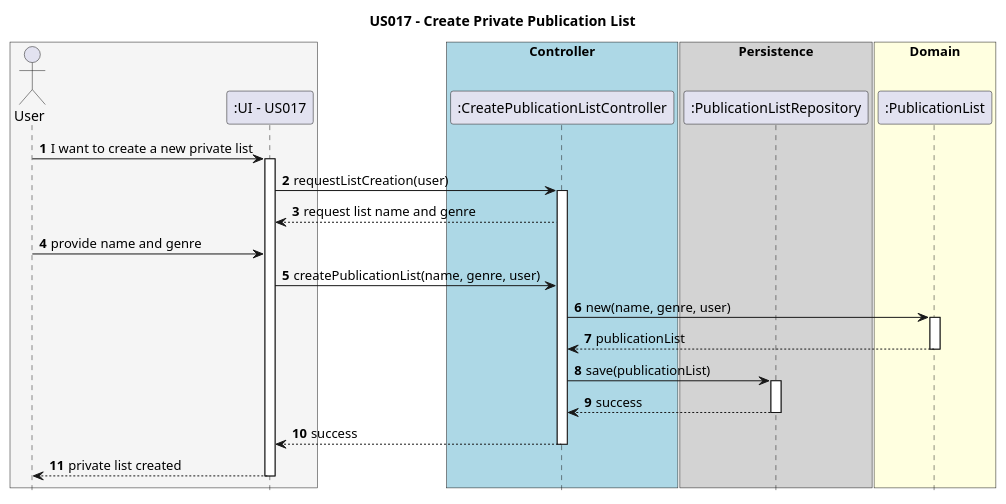
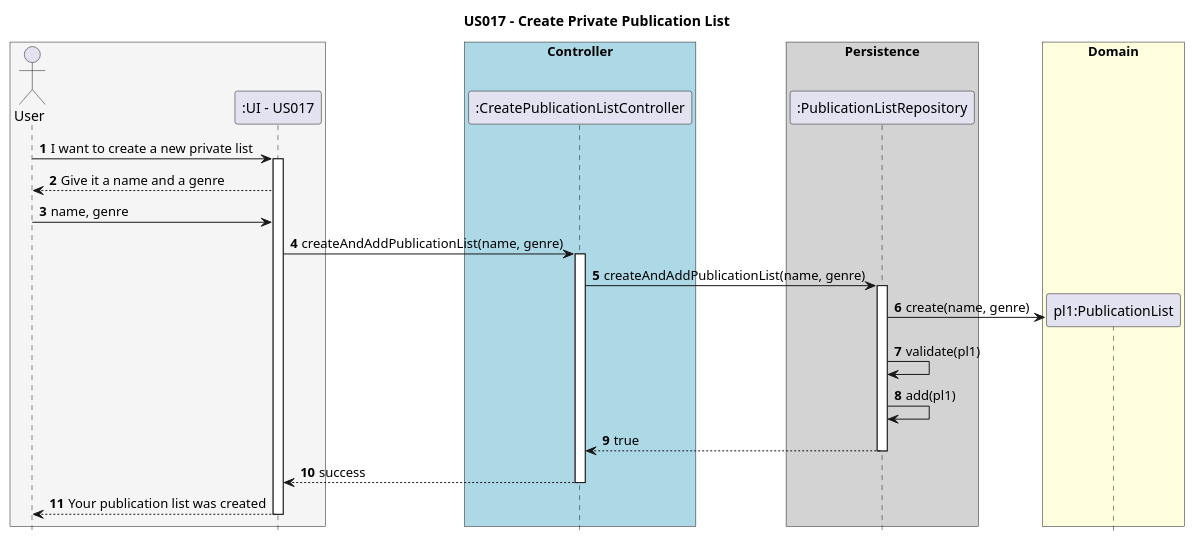
The diagram in Diagrams/SequenceDiagrams/N2/US017-to-create-private-publication-list.puml (AndrePereiraGitH/SWitCH-Project-Team_A), drawn with PlantUML before and after one commit. The commit also changed 5 other files, not shown here.

Commit message:
#88 #89 and #92 #94: update SSD (N1), sequence (N2) and class diagrams

```diff
--- a/Diagrams/SequenceDiagrams/N2/US017-to-create-private-publication-list.puml
+++ b/Diagrams/SequenceDiagrams/N2/US017-to-create-private-publication-list.puml
@@ -1,52 +1,50 @@
 @startuml
 hide footbox
 autonumber
 
 title US017 - Create Private Publication List
 
 box #whitesmoke
 actor "User" as User
 participant ":UI - US017" as UI
 end box
 
 box "Controller" #Lightblue
 participant ":CreatePublicationListController" as Controller
 end box
 
 box "Persistence" #LightGrey
 participant ":PublicationListRepository" as Repository
 end box
 
-box "Domain" #Lightyellow
-participant ":PublicationList" as List
-end box
-
 User -> UI : I want to create a new private list
 activate UI
 
-UI -> Controller : requestListCreation(user)
+UI --> User : Give it a name and a genre
+User -> UI : name, genre
+
+UI -> Controller : createAndAddPublicationList(name, genre)
 activate Controller
 
-Controller --> UI : request list name and genre
+Controller -> Repository : createAndAddPublicationList(name, genre)
+activate Repository
 
-User -> UI : provide name and genre
+box "Domain" #Lightyellow
+create "pl1:PublicationList" as PublicationList
+end box
 
-UI -> Controller : createPublicationList(name, genre, user)
+Repository -> PublicationList : create(name, genre)
 
-Controller -> List : new(name, genre, user)
-activate List
-List --> Controller : publicationList
-deactivate List
+Repository -> Repository : validate(pl1)
+Repository -> Repository : add(pl1)
 
-Controller -> Repository : save(publicationList)
-activate Repository
-Repository --> Controller : success
+Repository --> Controller : true
 deactivate Repository
 
 Controller --> UI : success
 deactivate Controller
 
-UI --> User : private list created
+UI --> User : Your publication list was created
 deactivate UI
 
 @enduml
```
